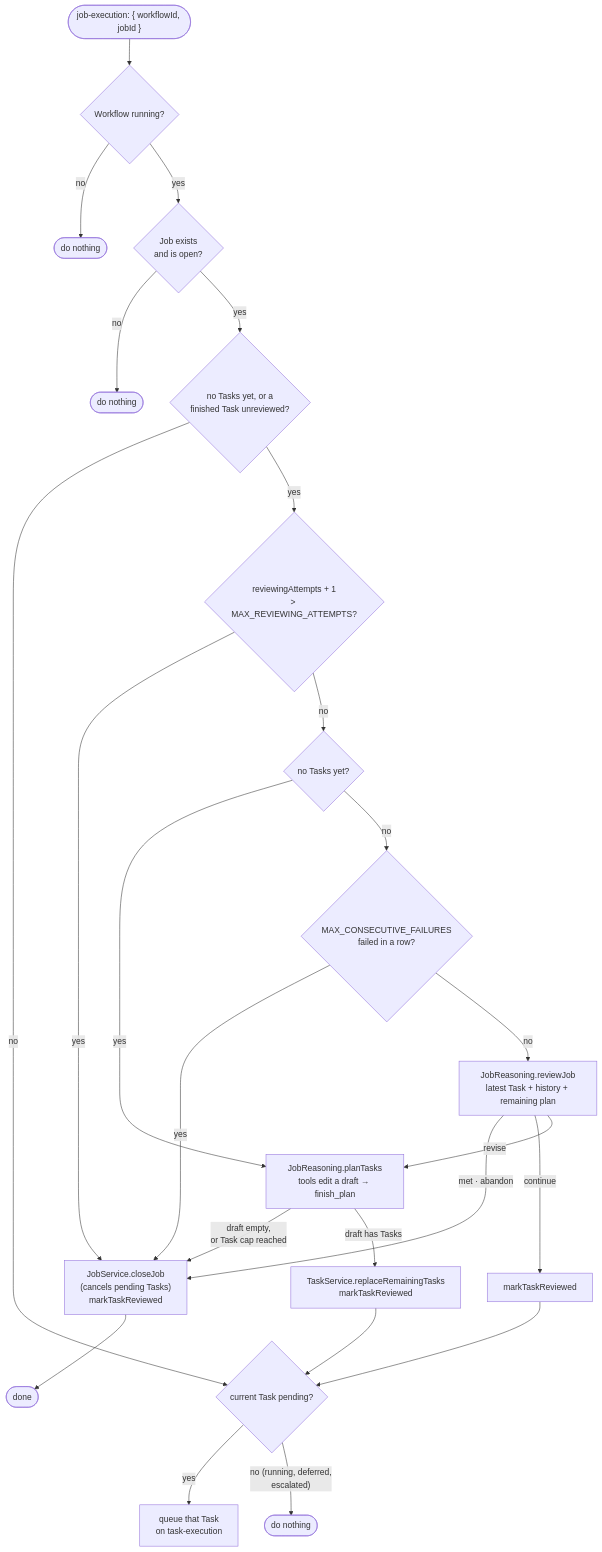
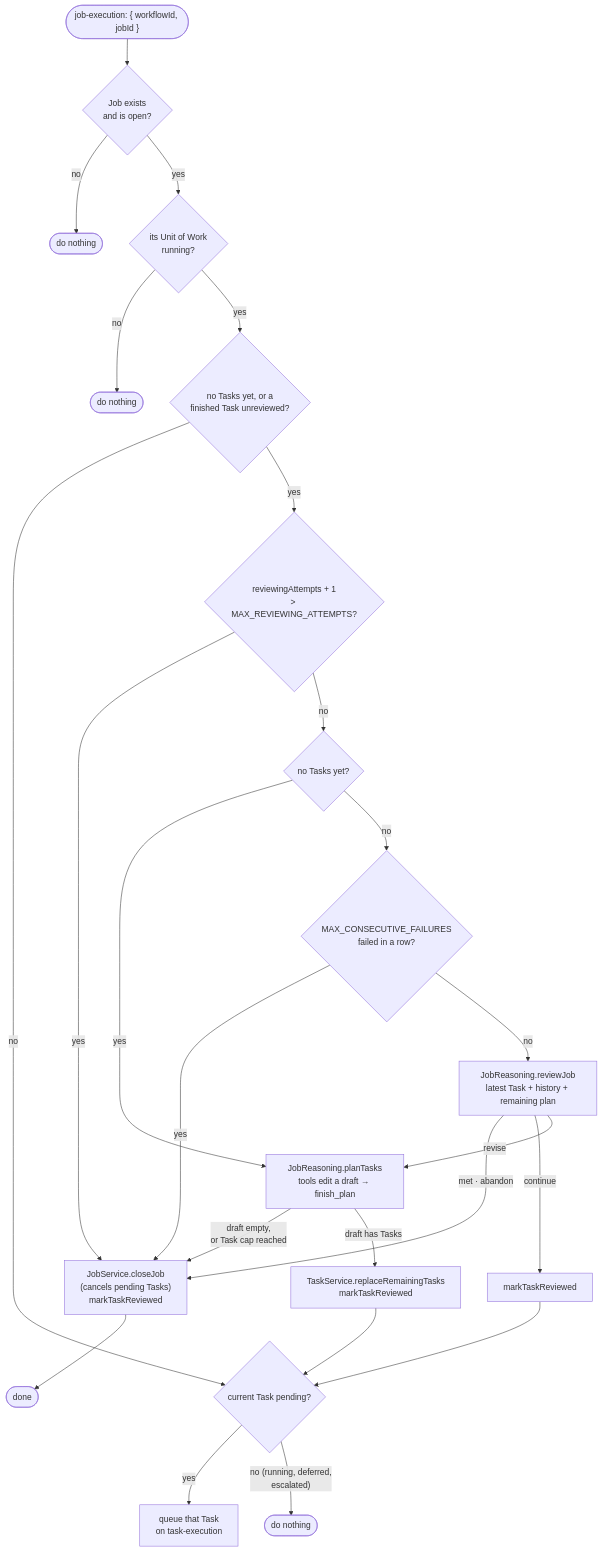
The third of 5 diagrams in packages/backend/src/governance/processors/tech-spec.md (BaraaSoft/agentcores), drawn with Mermaid before and after one commit. The commit also changed other lines of this file and 37 other files, not shown here.

First line of the commit message:
Add UnitOfWorkState and enhance governance structure for job processing

````diff
--- a/packages/backend/src/governance/processors/tech-spec.md
+++ b/packages/backend/src/governance/processors/tech-spec.md
@@ -209,23 +209,23 @@
 ```mermaid
 flowchart TD
-    Start(["job-execution: { workflowId, jobId }"]) --> Running{"Workflow running?"}
+    Start(["job-execution: { workflowId, jobId }"]) --> Open{"Job exists<br/>and is open?"}
+    Open -- no --> Stop2(["do nothing"])
+    Open -- yes --> Running{"its Unit of Work<br/>running?"}
     Running -- no --> Stop1(["do nothing"])
-    Running -- yes --> Open{"Job exists<br/>and is open?"}
-    Open -- no --> Stop2(["do nothing"])
-    Open -- yes --> Needs{"no Tasks yet, or a<br/>finished Task unreviewed?"}
+    Running -- yes --> Needs{"no Tasks yet, or a<br/>finished Task unreviewed?"}
     Needs -- no --> Current
     Needs -- yes --> Attempts{"reviewingAttempts + 1<br/>> MAX_REVIEWING_ATTEMPTS?"}
     Attempts -- yes --> Close
     Attempts -- no --> Kind{"no Tasks yet?"}
     Kind -- yes --> Plan
     Kind -- no --> Streak{"MAX_CONSECUTIVE_FAILURES<br/>failed in a row?"}
     Streak -- yes --> Close
     Streak -- no --> Review["JobReasoning.reviewJob<br/>latest Task + history + remaining plan"]
     Review -- "met · abandon" --> Close
     Review -- "continue" --> Reviewed["markTaskReviewed"] --> Current
     Review -- "revise" --> Plan["JobReasoning.planTasks<br/>tools edit a draft → finish_plan"]
     Plan -- "draft empty,<br/>or Task cap reached" --> Close["JobService.closeJob<br/>(cancels pending Tasks)<br/>markTaskReviewed"] --> Stop3(["done"])
     Plan -- "draft has Tasks" --> Replace["TaskService.replaceRemainingTasks<br/>markTaskReviewed"] --> Current
     Current{"current Task pending?"} -- yes --> Queue["queue that Task<br/>on task-execution"]
     Current -- "no (running, deferred,<br/>escalated)" --> Stop4(["do nothing"])
 ```
````
